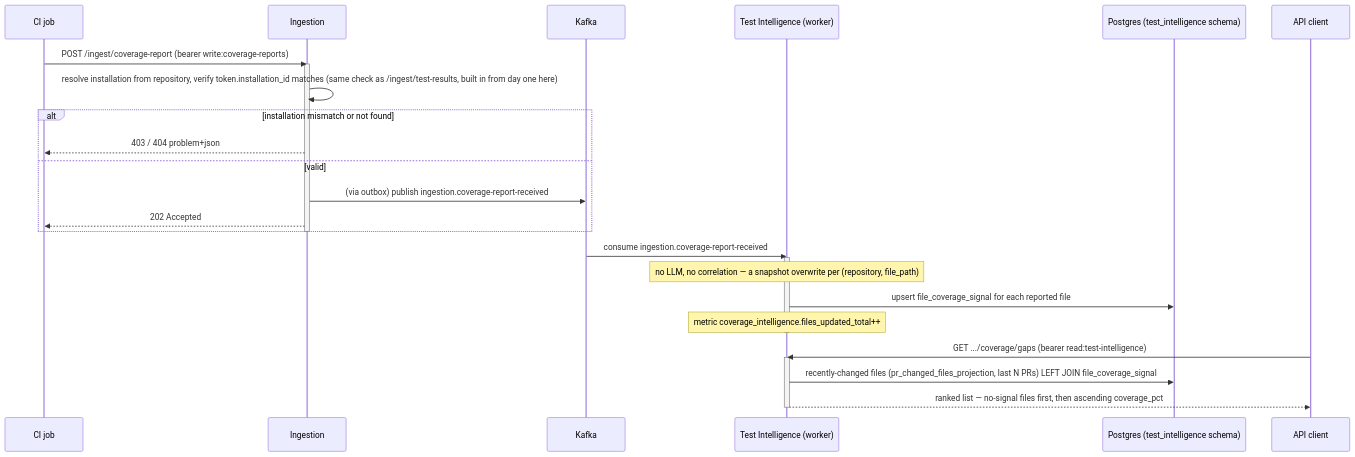
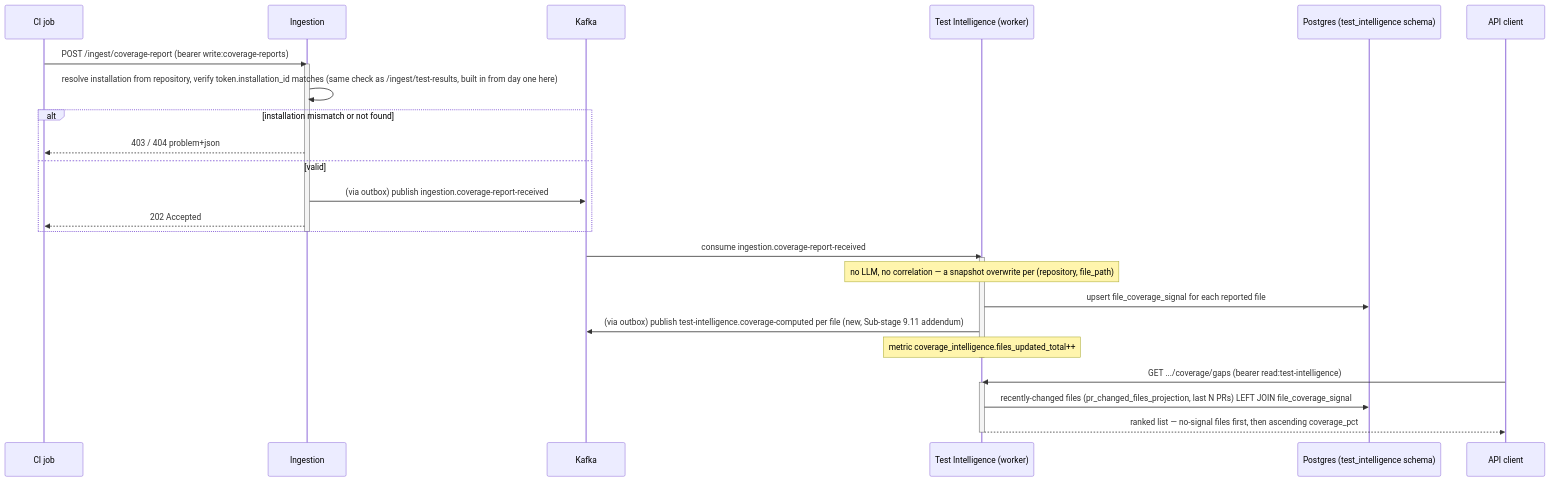
Before and after one commit to Boss-Of-Gym/Sibyl: the ninth of 14 diagrams in docs/06-sequence-diagrams/README.md, drawn with Mermaid. The commit also changed other lines of this file and 8 other files, not shown here.

First line of the commit message:
docs: document sub-stage 9.11 (Release Risk Analysis) across all frozen-contract docs

````diff
--- a/docs/06-sequence-diagrams/README.md
+++ b/docs/06-sequence-diagrams/README.md
@@ -372,33 +372,34 @@
 ```mermaid
 sequenceDiagram
     participant CI as CI job
     participant Ing as Ingestion
     participant Kafka
     participant TI as Test Intelligence (worker)
     participant PG as Postgres (test_intelligence schema)
     participant Client as API client
 
     CI->>Ing: POST /ingest/coverage-report (bearer write:coverage-reports)
     activate Ing
     Ing->>Ing: resolve installation from repository, verify token.installation_id matches (same check as /ingest/test-results, built in from day one here)
     alt installation mismatch or not found
         Ing-->>CI: 403 / 404 problem+json
     else valid
         Ing->>Kafka: (via outbox) publish ingestion.coverage-report-received
         Ing-->>CI: 202 Accepted
     end
     deactivate Ing
 
     Kafka->>TI: consume ingestion.coverage-report-received
     activate TI
     Note over TI: no LLM, no correlation — a snapshot overwrite per (repository, file_path)
     TI->>PG: upsert file_coverage_signal for each reported file
+    TI->>Kafka: (via outbox) publish test-intelligence.coverage-computed per file (new, Sub-stage 9.11 addendum)
     Note over TI: metric coverage_intelligence.files_updated_total++
     deactivate TI
 
     Client->>TI: GET .../coverage/gaps (bearer read:test-intelligence)
     activate TI
     TI->>PG: recently-changed files (pr_changed_files_projection, last N PRs) LEFT JOIN file_coverage_signal
     TI-->>Client: ranked list — no-signal files first, then ascending coverage_pct
     deactivate TI
 ```
````
